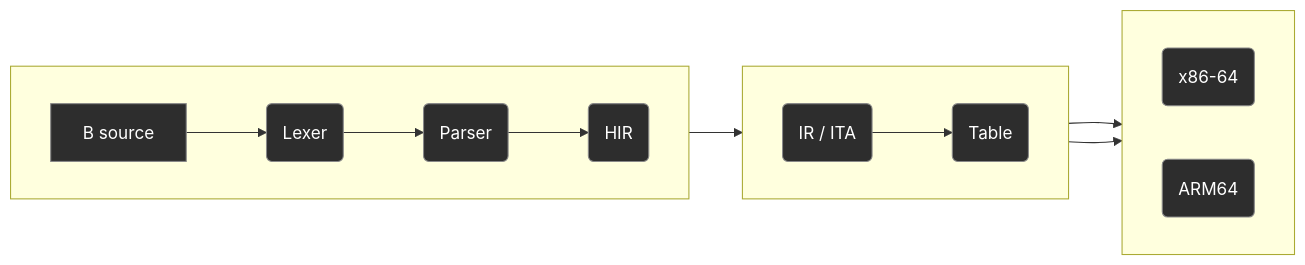
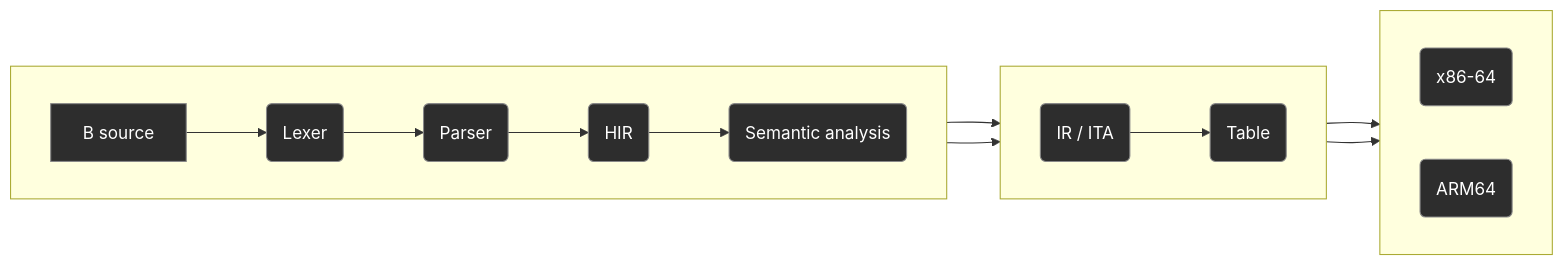
One commit to jahan-addison/credence changed the diagram in README.md. Above: the diagram before and after it, drawn with Mermaid. The commit also changed other lines of this file and 4 other files, not shown here.

````diff
--- a/README.md
+++ b/README.md
@@ -25,31 +25,34 @@
 ```mermaid
 flowchart LR
     subgraph Frontend [" "]
         direction LR
         A[B source] --> B(Lexer)
         B --> C(Parser)
         C --> H(HIR)
+        H --> I(Semantic analysis)
     end
     subgraph Middle [" "]
         direction LR
         D(IR / ITA)
         E(Table)
     end
     subgraph Backend [" "]
         direction LR
         F(x86-64)
         G(ARM64)
     end
-    H --> D --> E
+    I --> D --> E
+    I --> E
     E --> F
     E --> G
 
     style A fill:#2d2d2d,stroke:#888,color:#fff
     style B fill:#2d2d2d,stroke:#888,color:#fff
     style C fill:#2d2d2d,stroke:#888,color:#fff
     style D fill:#2d2d2d,stroke:#888,color:#fff
     style E fill:#2d2d2d,stroke:#888,color:#fff
     style F fill:#2d2d2d,stroke:#888,color:#fff
     style G fill:#2d2d2d,stroke:#888,color:#fff
     style H fill:#2d2d2d,stroke:#888,color:#fff
+    style I fill:#2d2d2d,stroke:#888,color:#fff
 ```
````
